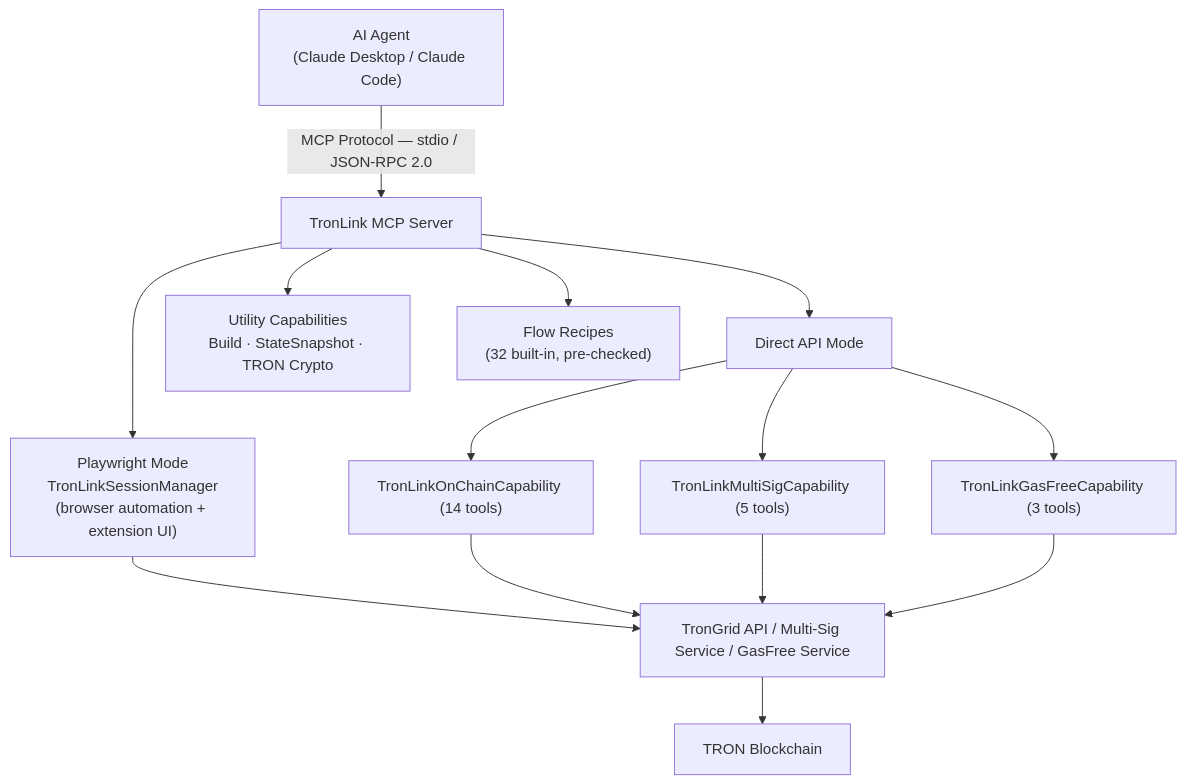
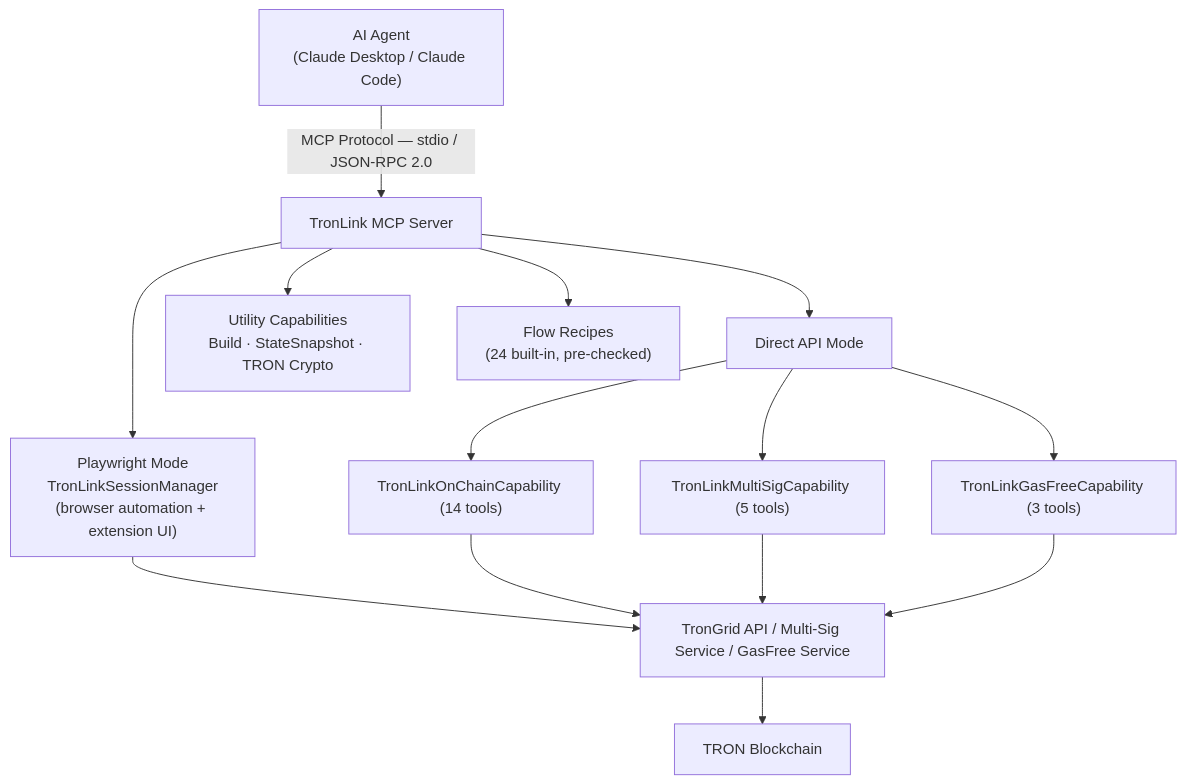
One commit to TronLink/docs changed the diagram in docs/ai-support/mcp-server-tronlink.en.md. Above: the diagram before and after it, drawn with Mermaid. The commit also changed other lines of this file and 6 other files, not shown here.

First line of the commit message:
docs: P0-2 correct Flow Recipes count to 24 (keep all flows)

````diff
--- a/docs/ai-support/mcp-server-tronlink.en.md
+++ b/docs/ai-support/mcp-server-tronlink.en.md
@@ -20,27 +20,27 @@
 ```mermaid
 flowchart TD
   Agent["AI Agent<br/>(Claude Desktop / Claude Code)"]
   Server["TronLink MCP Server"]
   PW["Playwright Mode<br/>TronLinkSessionManager<br/>(browser automation + extension UI)"]
   API["Direct API Mode"]
   OnChain["TronLinkOnChainCapability (14 tools)"]
   Multi["TronLinkMultiSigCapability (5 tools)"]
   GasFree["TronLinkGasFreeCapability (3 tools)"]
   Util["Utility Capabilities<br/>Build · StateSnapshot · TRON Crypto"]
-  Flow["Flow Recipes<br/>(32 built-in, pre-checked)"]
+  Flow["Flow Recipes<br/>(24 built-in, pre-checked)"]
   Ext["TronGrid API / Multi-Sig Service / GasFree Service"]
   Chain["TRON Blockchain"]
   Agent -- "MCP Protocol — stdio / JSON-RPC 2.0" --> Server
   Server --> PW
   Server --> API
   Server --> Util
   Server --> Flow
   API --> OnChain
   API --> Multi
   API --> GasFree
   PW --> Ext
   OnChain --> Ext
   Multi --> Ext
   GasFree --> Ext
   Ext --> Chain
 ```
````
